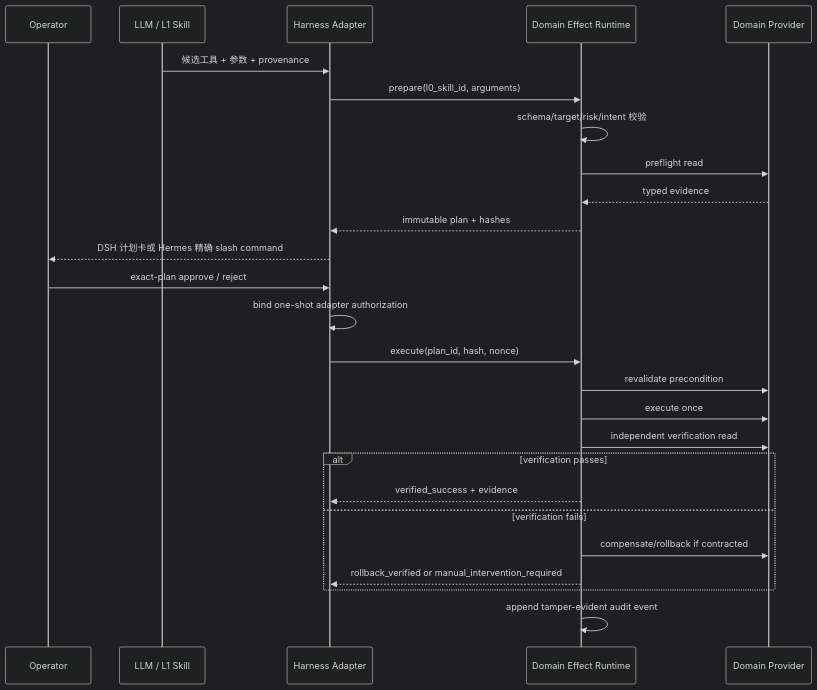
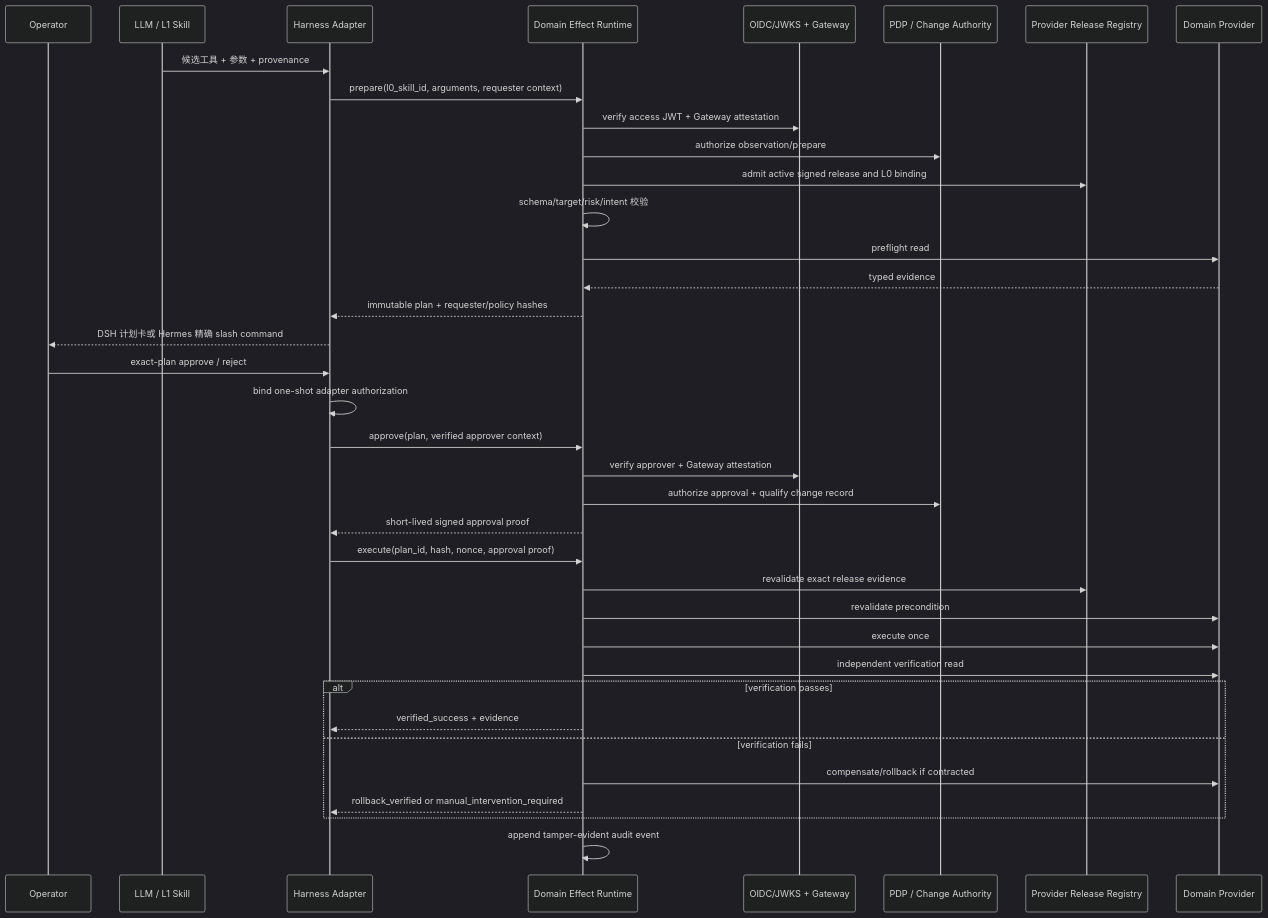
One commit to kevinyjk25/NetOpYuAgent changed the second of 4 diagrams in HLD.md. Above: the diagram before and after it, drawn with Mermaid (dark theme). The commit also changed other lines of this file and 73 other files, not shown here.

````diff
--- a/HLD.md
+++ b/HLD.md
@@ -72,29 +77,40 @@
 ```mermaid
 sequenceDiagram
     participant U as Operator
     participant M as LLM / L1 Skill
     participant D as Harness Adapter
     participant R as Domain Effect Runtime
+    participant I as OIDC/JWKS + Gateway
+    participant P as PDP / Change Authority
+    participant S as Provider Release Registry
     participant B as Domain Provider
 
     M->>D: 候选工具 + 参数 + provenance
-    D->>R: prepare(l0_skill_id, arguments)
+    D->>R: prepare(l0_skill_id, arguments, requester context)
+    R->>I: verify access JWT + Gateway attestation
+    R->>P: authorize observation/prepare
+    R->>S: admit active signed release and L0 binding
     R->>R: schema/target/risk/intent 校验
     R->>B: preflight read
     B-->>R: typed evidence
-    R-->>D: immutable plan + hashes
+    R-->>D: immutable plan + requester/policy hashes
     D-->>U: DSH 计划卡或 Hermes 精确 slash command
     U->>D: exact-plan approve / reject
     D->>D: bind one-shot adapter authorization
-    D->>R: execute(plan_id, hash, nonce)
+    D->>R: approve(plan, verified approver context)
+    R->>I: verify approver + Gateway attestation
+    R->>P: authorize approval + qualify change record
+    R-->>D: short-lived signed approval proof
+    D->>R: execute(plan_id, hash, nonce, approval proof)
+    R->>S: revalidate exact release evidence
     R->>B: revalidate precondition
     R->>B: execute once
     R->>B: independent verification read
     alt verification passes
         R-->>D: verified_success + evidence
     else verification fails
         R->>B: compensate/rollback if contracted
         R-->>D: rollback_verified or manual_intervention_required
     end
     R->>R: append tamper-evident audit event
 ```
````
